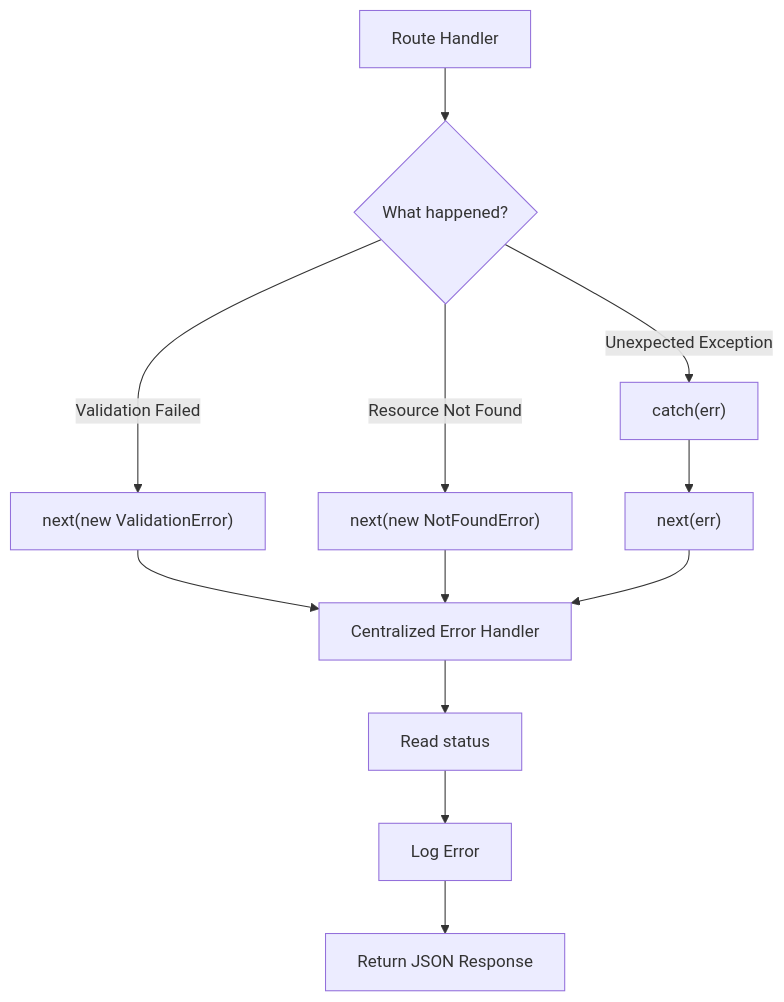
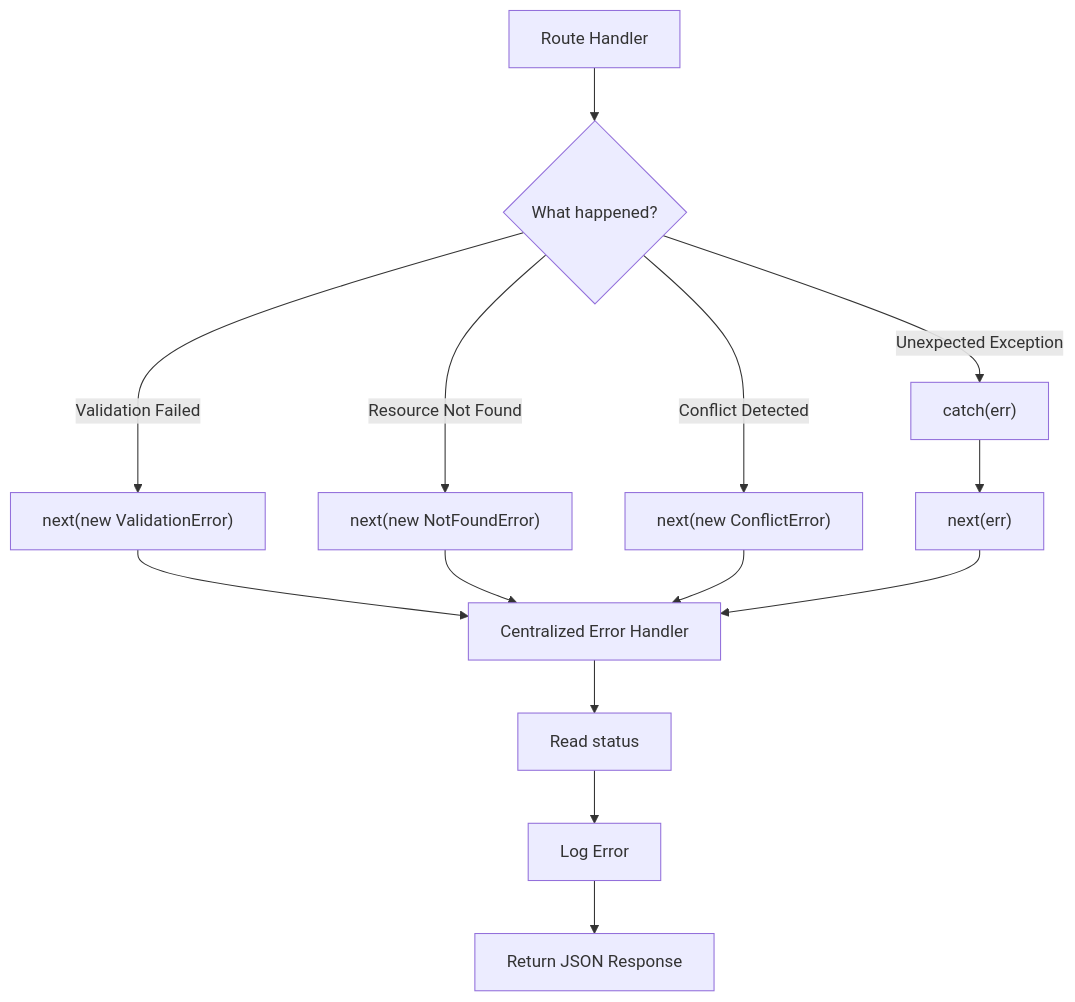
One commit to srzen/marketplace-api changed the third of 3 diagrams in docs/concept-middleware-chain-design.md. Above: the diagram before and after it, drawn with Mermaid.

Commit message:
docs: update error handling flow to include ConflictError in middleware chain

````diff
--- a/docs/concept-middleware-chain-design.md
+++ b/docs/concept-middleware-chain-design.md
@@ -49,20 +49,22 @@
 ```mermaid
 flowchart TD
     A[Route Handler]
 
     A --> B{What happened?}
 
     B -->|Validation Failed| C["next(new ValidationError)"]
     B -->|Resource Not Found| D["next(new NotFoundError)"]
-    B -->|Unexpected Exception| E["catch(err)"]
+    B -->|Conflict Detected| E["next(new ConflictError)"]
+    B -->|Unexpected Exception| F["catch(err)"]
 
-    E --> F["next(err)"]
+    F --> G["next(err)"]
 
-    C --> G[Centralized Error Handler]
-    D --> G
-    F --> G
+    C --> H[Centralized Error Handler]
+    D --> H
+    E --> H
+    G --> H
 
-    G --> H[Read status]
-    H --> I[Log Error]
-    I --> J[Return JSON Response]
+    H --> I[Read status]
+    I --> J[Log Error]
+    J --> K[Return JSON Response]
 ```
````
